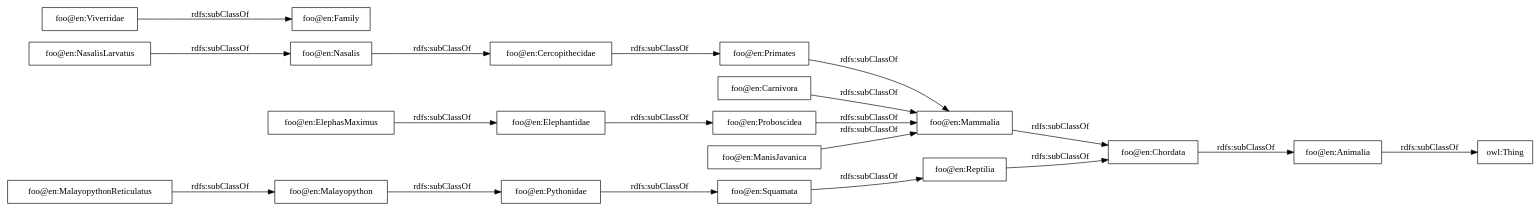
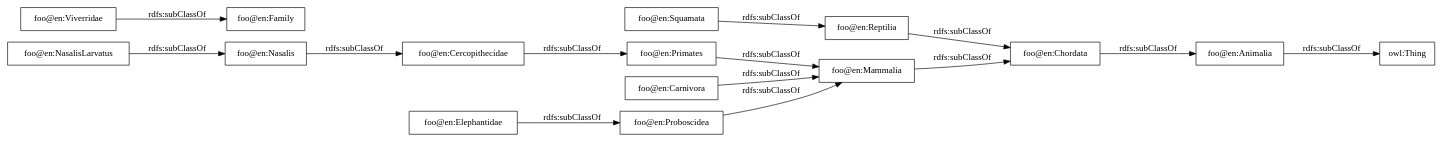
One commit to Naeima/soil changed the diagram in OnToology/soil_knowledge_graph.ttl/diagrams/ar2dtool-taxonomy/soil_knowledge_graph.ttl.png.dot. Above: the diagram before and after it, drawn with Graphviz. The commit also changed 35 other files, not shown here.

```diff
--- a/OnToology/soil_knowledge_graph.ttl/diagrams/ar2dtool-taxonomy/soil_knowledge_graph.ttl.png.dot
+++ b/OnToology/soil_knowledge_graph.ttl/diagrams/ar2dtool-taxonomy/soil_knowledge_graph.ttl.png.dot
@@ -1,24 +1,19 @@
 digraph ar2dtool_diagram { 
 rankdir=LR;
 size="1000"
-node [shape = rectangle, color="black"]; "foo@en:Squamata" "foo@en:Mammalia" "foo@en:Animalia" "foo@en:Primates" "foo@en:Carnivora" "foo@en:Viverridae" "foo@en:Elephantidae" "foo@en:Reptilia" "foo@en:Proboscidea" "foo@en:Chordata" ; /*classes style*/
-	"foo@en:Cercopithecidae" -> "foo@en:Primates" [ label = "rdfs:subClassOf" ];
+node [shape = rectangle, color="black"]; "foo@en:Squamata" "foo@en:Mammalia" "foo@en:Animalia" "foo@en:Cercopithecidae" "foo@en:Primates" "foo@en:Carnivora" "foo@en:Viverridae" "foo@en:Nasalis" "foo@en:Elephantidae" "foo@en:Reptilia" "foo@en:Proboscidea" "foo@en:Chordata" ; /*classes style*/
+	"foo@en:Primates" -> "foo@en:Mammalia" [ label = "rdfs:subClassOf" ];
+	"foo@en:Reptilia" -> "foo@en:Chordata" [ label = "rdfs:subClassOf" ];
 	"foo@en:Chordata" -> "foo@en:Animalia" [ label = "rdfs:subClassOf" ];
 	"foo@en:Squamata" -> "foo@en:Reptilia" [ label = "rdfs:subClassOf" ];
+	"foo@en:Proboscidea" -> "foo@en:Mammalia" [ label = "rdfs:subClassOf" ];
+	"foo@en:NasalisLarvatus" -> "foo@en:Nasalis" [ label = "rdfs:subClassOf" ];
 	"foo@en:Elephantidae" -> "foo@en:Proboscidea" [ label = "rdfs:subClassOf" ];
-	"foo@en:Proboscidea" -> "foo@en:Mammalia" [ label = "rdfs:subClassOf" ];
-	"foo@en:Reptilia" -> "foo@en:Chordata" [ label = "rdfs:subClassOf" ];
-	"foo@en:ManisJavanica" -> "foo@en:Mammalia" [ label = "rdfs:subClassOf" ];
+	"foo@en:Viverridae" -> "foo@en:Family" [ label = "rdfs:subClassOf" ];
+	"foo@en:Cercopithecidae" -> "foo@en:Primates" [ label = "rdfs:subClassOf" ];
+	"foo@en:Carnivora" -> "foo@en:Mammalia" [ label = "rdfs:subClassOf" ];
+	"foo@en:Animalia" -> "owl:Thing" [ label = "rdfs:subClassOf" ];
+	"foo@en:Mammalia" -> "foo@en:Chordata" [ label = "rdfs:subClassOf" ];
 	"foo@en:Nasalis" -> "foo@en:Cercopithecidae" [ label = "rdfs:subClassOf" ];
-	"foo@en:Viverridae" -> "foo@en:Family" [ label = "rdfs:subClassOf" ];
-	"foo@en:ElephasMaximus" -> "foo@en:Elephantidae" [ label = "rdfs:subClassOf" ];
-	"foo@en:Animalia" -> "owl:Thing" [ label = "rdfs:subClassOf" ];
-	"foo@en:Malayopython" -> "foo@en:Pythonidae" [ label = "rdfs:subClassOf" ];
-	"foo@en:Carnivora" -> "foo@en:Mammalia" [ label = "rdfs:subClassOf" ];
-	"foo@en:Mammalia" -> "foo@en:Chordata" [ label = "rdfs:subClassOf" ];
-	"foo@en:MalayopythonReticulatus" -> "foo@en:Malayopython" [ label = "rdfs:subClassOf" ];
-	"foo@en:Pythonidae" -> "foo@en:Squamata" [ label = "rdfs:subClassOf" ];
-	"foo@en:Primates" -> "foo@en:Mammalia" [ label = "rdfs:subClassOf" ];
-	"foo@en:NasalisLarvatus" -> "foo@en:Nasalis" [ label = "rdfs:subClassOf" ];
 
 }
```
